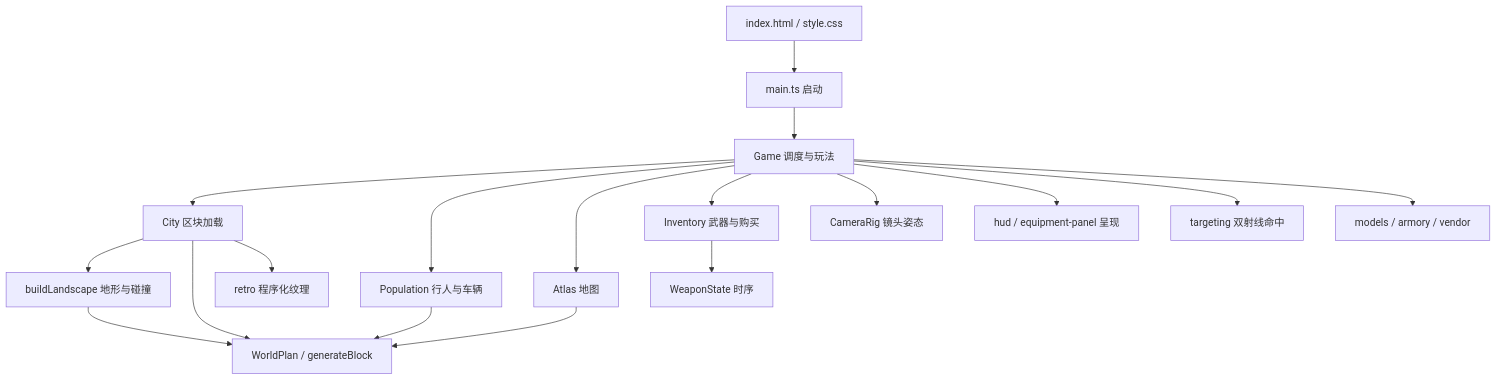
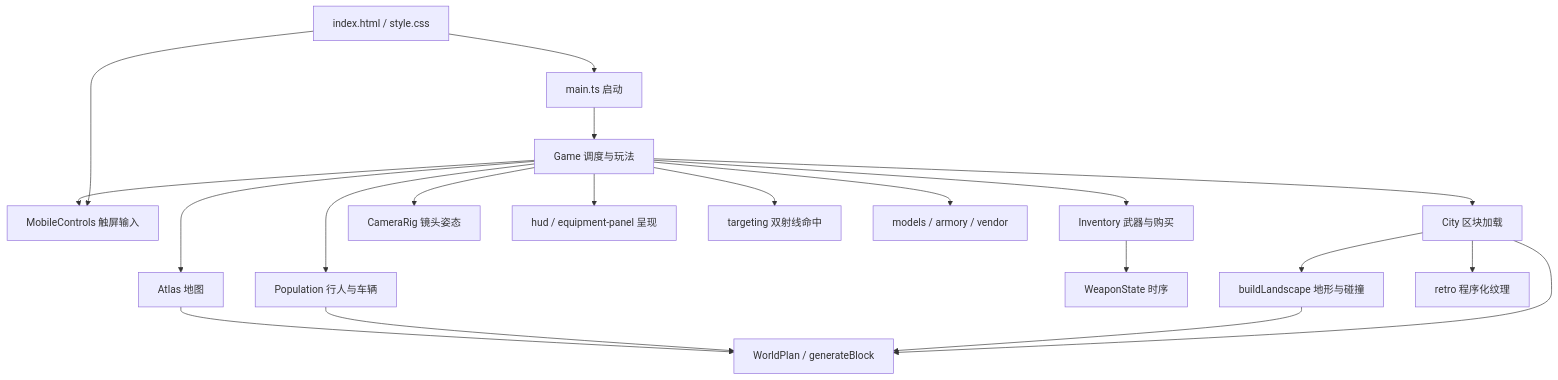
The diagram in docs/ARCHITECTURE.md (wengxiaoxiong/copperline), drawn with Mermaid before and after one commit. The commit also changed other lines of this file and 10 other files, not shown here.

Commit message:
feat: add mobile touch controls

````diff
--- a/docs/ARCHITECTURE.md
+++ b/docs/ARCHITECTURE.md
@@ -11,20 +11,22 @@
 ```mermaid
 flowchart TD
   HTML[index.html / style.css] --> Main[main.ts 启动]
+  HTML --> Mobile[MobileControls 触屏输入]
   Main --> Game[Game 调度与玩法]
   Game --> City[City 区块加载]
   Game --> Population[Population 行人与车辆]
   Game --> Atlas[Atlas 地图]
   Game --> Inventory[Inventory 武器与购买]
   Inventory --> WeaponState[WeaponState 时序]
   Game --> CameraRig[CameraRig 镜头姿态]
+  Game --> Mobile
   Game --> Presentation[hud / equipment-panel 呈现]
   Game --> Targeting[targeting 双射线命中]
   City --> Landscape[buildLandscape 地形与碰撞]
   City --> Plan[WorldPlan / generateBlock]
   Landscape --> Plan
   Population --> Plan
   Atlas --> Plan
   Game --> Assets[models / armory / vendor]
   City --> Retro[retro 程序化纹理]
 ```
````
